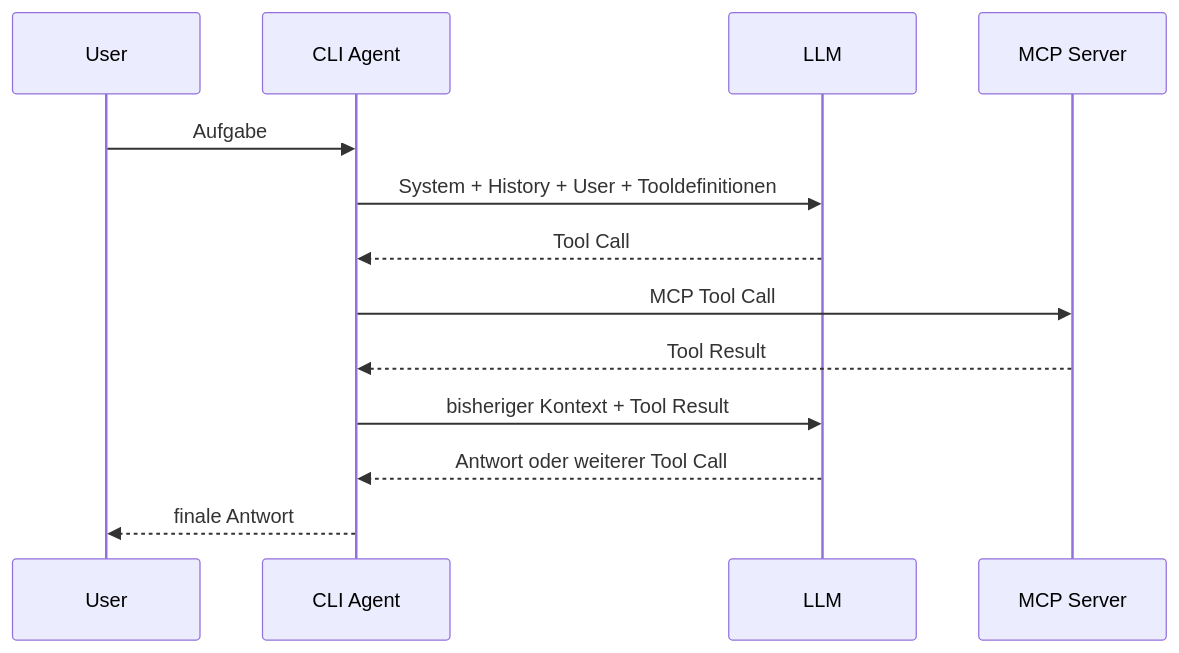
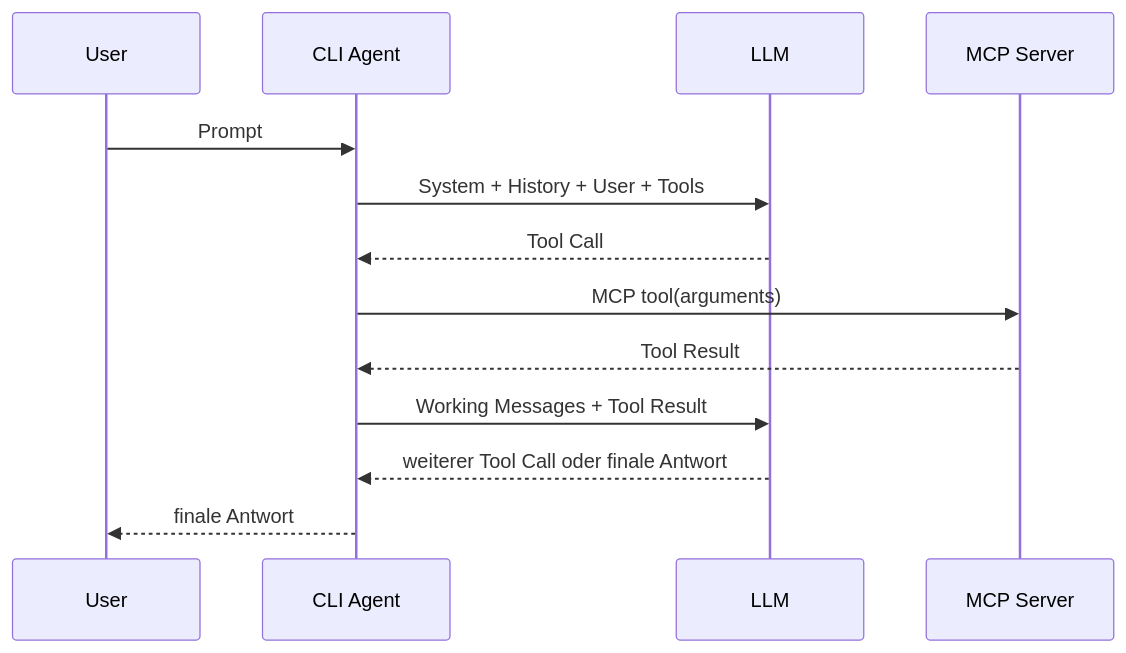
Before and after one commit to sHuewe/cli-agent: the diagram in README.md, drawn with Mermaid. The commit also changed other lines of this file, not shown here.

````diff
--- a/README.md
+++ b/README.md
@@ -270,16 +302,16 @@
 ```mermaid
 sequenceDiagram
     participant U as User
     participant A as CLI Agent
     participant L as LLM
     participant M as MCP Server
 
-    U->>A: Aufgabe
-    A->>L: System + History + User + Tooldefinitionen
+    U->>A: Prompt
+    A->>L: System + History + User + Tools
     L-->>A: Tool Call
-    A->>M: MCP Tool Call
+    A->>M: MCP tool(arguments)
     M-->>A: Tool Result
-    A->>L: bisheriger Kontext + Tool Result
-    L-->>A: Antwort oder weiterer Tool Call
+    A->>L: Working Messages + Tool Result
+    L-->>A: weiterer Tool Call oder finale Antwort
     A-->>U: finale Antwort
 ```
````
